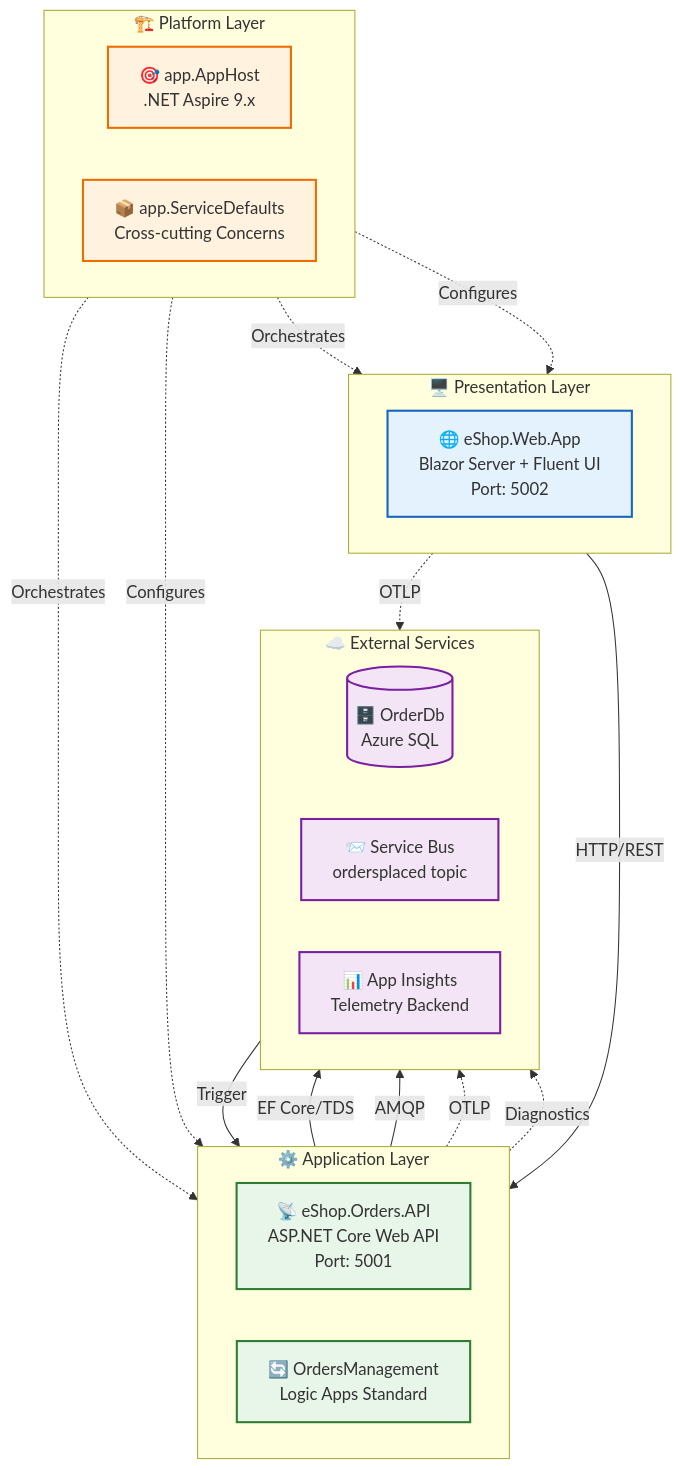
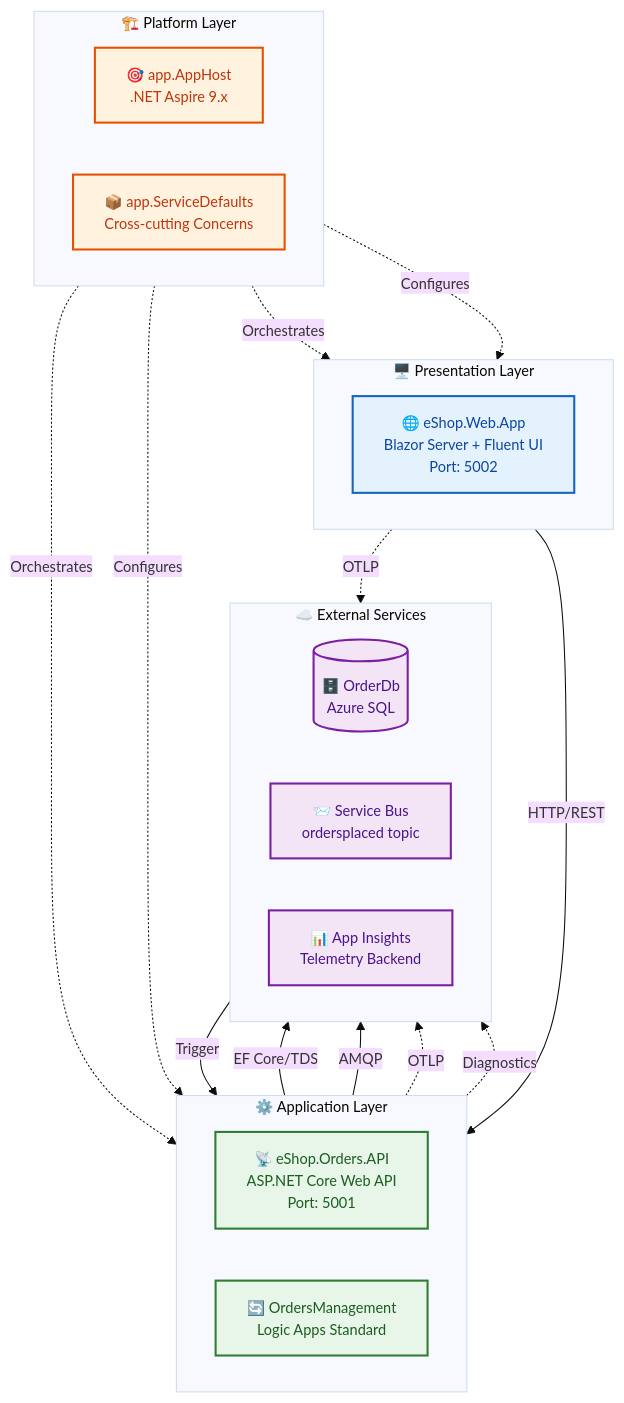
One commit to Evilazaro/Azure-LogicApps-Monitoring changed the first of 5 diagrams in docs/architecture/03-application-architecture.md. Above: the diagram before and after it, drawn with Mermaid. The commit also changed other lines of this file, not shown here.

Commit message:
Enhance application architecture documentation with improved Mermaid diagram styles and accessibility features

````diff
--- a/docs/architecture/03-application-architecture.md
+++ b/docs/architecture/03-application-architecture.md
@@ -43,56 +43,57 @@
 ```mermaid
+%%{init: {'theme': 'base', 'themeVariables': { 'fontSize': '14px'}}}%%
 flowchart TB
     subgraph Presentation["🖥️ Presentation Layer"]
         direction LR
         WebApp["🌐 eShop.Web.App<br/>Blazor Server + Fluent UI<br/>Port: 5002"]
     end
 
     subgraph Application["⚙️ Application Layer"]
         direction LR
         API["📡 eShop.Orders.API<br/>ASP.NET Core Web API<br/>Port: 5001"]
         Workflow["🔄 OrdersManagement<br/>Logic Apps Standard"]
     end
 
     subgraph Platform["🏗️ Platform Layer"]
         direction LR
         Orchestrator["🎯 app.AppHost<br/>.NET Aspire 9.x"]
         SharedLib["📦 app.ServiceDefaults<br/>Cross-cutting Concerns"]
     end
 
     subgraph External["☁️ External Services"]
         direction LR
         DB[("🗄️ OrderDb<br/>Azure SQL")]
         Queue["📨 Service Bus<br/>ordersplaced topic"]
         Monitor["📊 App Insights<br/>Telemetry Backend"]
     end
 
     %% Synchronous flows
     WebApp -->|"HTTP/REST"| API
     API -->|"EF Core/TDS"| DB
     API -->|"AMQP"| Queue
 
     %% Async/Event flows
     Queue -->|"Trigger"| Workflow
 
     %% Platform relationships
     Orchestrator -.->|"Orchestrates"| WebApp
     Orchestrator -.->|"Orchestrates"| API
     SharedLib -.->|"Configures"| WebApp
     SharedLib -.->|"Configures"| API
 
     %% Telemetry flows
     WebApp -.->|"OTLP"| Monitor
     API -.->|"OTLP"| Monitor
     Workflow -.->|"Diagnostics"| Monitor
 
-    %% Styling
-    classDef presentation fill:#e3f2fd,stroke:#1565c0,stroke-width:2px
-    classDef application fill:#e8f5e9,stroke:#2e7d32,stroke-width:2px
-    classDef platform fill:#fff3e0,stroke:#ef6c00,stroke-width:2px
-    classDef external fill:#f3e5f5,stroke:#7b1fa2,stroke-width:2px
+    %% Accessible color palette with clear layer separation
+    classDef presentation fill:#e3f2fd,stroke:#1565c0,stroke-width:2px,color:#0d47a1
+    classDef application fill:#e8f5e9,stroke:#2e7d32,stroke-width:2px,color:#1b5e20
+    classDef platform fill:#fff3e0,stroke:#e65100,stroke-width:2px,color:#bf360c
+    classDef external fill:#f3e5f5,stroke:#7b1fa2,stroke-width:2px,color:#4a148c
 
     class WebApp presentation
     class API,Workflow application
     class Orchestrator,SharedLib platform
     class DB,Queue,Monitor external
 ```
````
